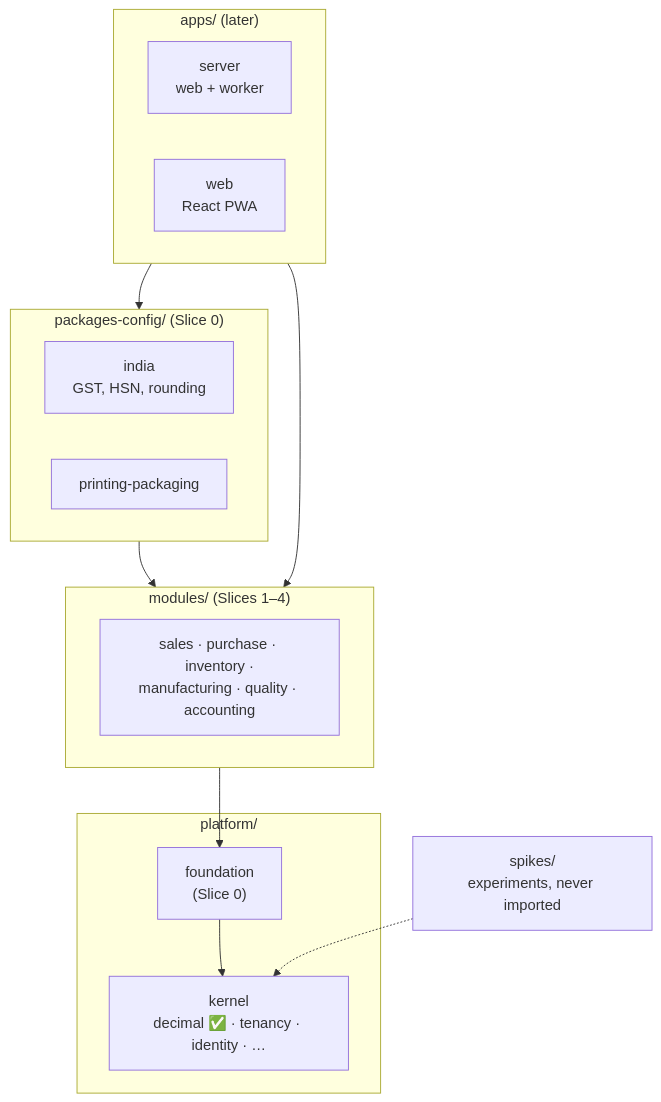
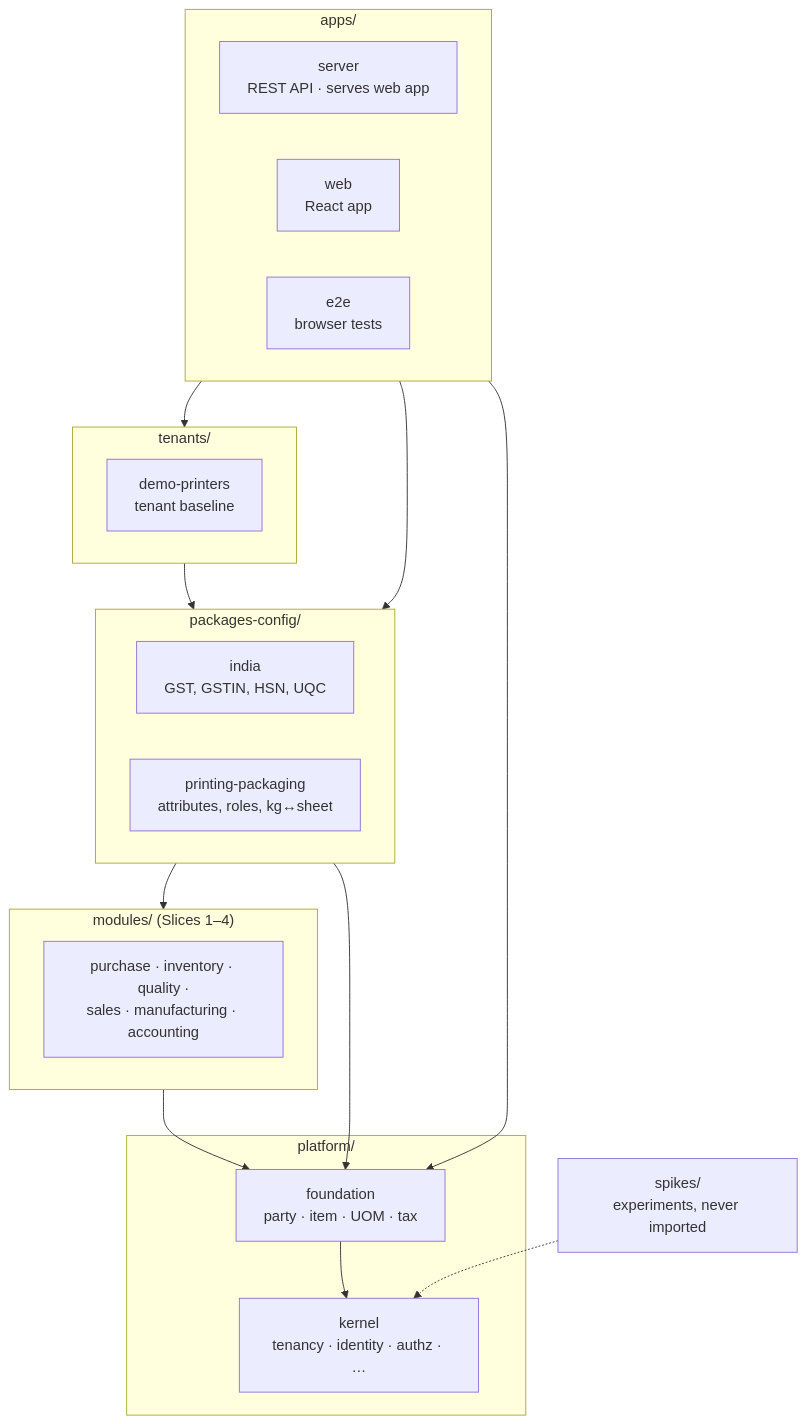
Before and after one commit to adityayadav30561-rgb/MASTER-ERP: the diagram in docs/03-implementation/DEVELOPER-GUIDE.md, drawn with Mermaid. The commit also changed other lines of this file and 13 other files, not shown here.

````diff
--- a/docs/03-implementation/DEVELOPER-GUIDE.md
+++ b/docs/03-implementation/DEVELOPER-GUIDE.md
@@ -19,22 +19,28 @@
 ```mermaid
 flowchart TB
-    subgraph APPS["apps/ (later)"]
-        SRV["server<br/>web + worker"]
-        WEB["web<br/>React PWA"]
+    subgraph APPS["apps/"]
+        SRV["server<br/>REST API · serves web app"]
+        WEB["web<br/>React app"]
+        E2E["e2e<br/>browser tests"]
     end
-    subgraph CFG["packages-config/ (Slice 0)"]
-        IN["india<br/>GST, HSN, rounding"]
-        PP["printing-packaging"]
+    subgraph TEN["tenants/"]
+        DP["demo-printers<br/>tenant baseline"]
+    end
+    subgraph CFG["packages-config/"]
+        IN["india<br/>GST, GSTIN, HSN, UQC"]
+        PP["printing-packaging<br/>attributes, roles, kg↔sheet"]
     end
     subgraph MOD["modules/ (Slices 1–4)"]
-        M["sales · purchase · inventory ·<br/>manufacturing · quality · accounting"]
+        M["purchase · inventory · quality ·<br/>sales · manufacturing · accounting"]
     end
     subgraph PLAT["platform/"]
-        FND["foundation<br/>(Slice 0)"]
-        KER["kernel<br/>decimal ✅ · tenancy · identity · …"]
+        FND["foundation<br/>party · item · UOM · tax"]
+        KER["kernel<br/>tenancy · identity · authz · …"]
     end
     SP["spikes/<br/>experiments, never imported"]
-    APPS --> CFG --> MOD --> FND --> KER
-    APPS --> MOD
+    APPS --> TEN --> CFG --> MOD --> FND --> KER
+    APPS --> CFG
+    APPS --> FND
+    CFG --> FND
     SP -.-> KER
 ```
````
